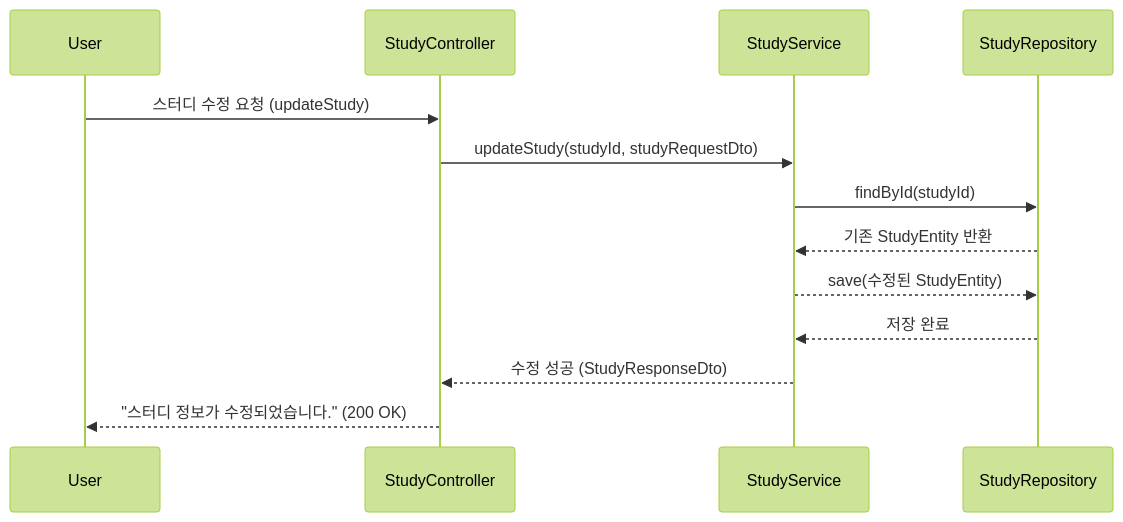
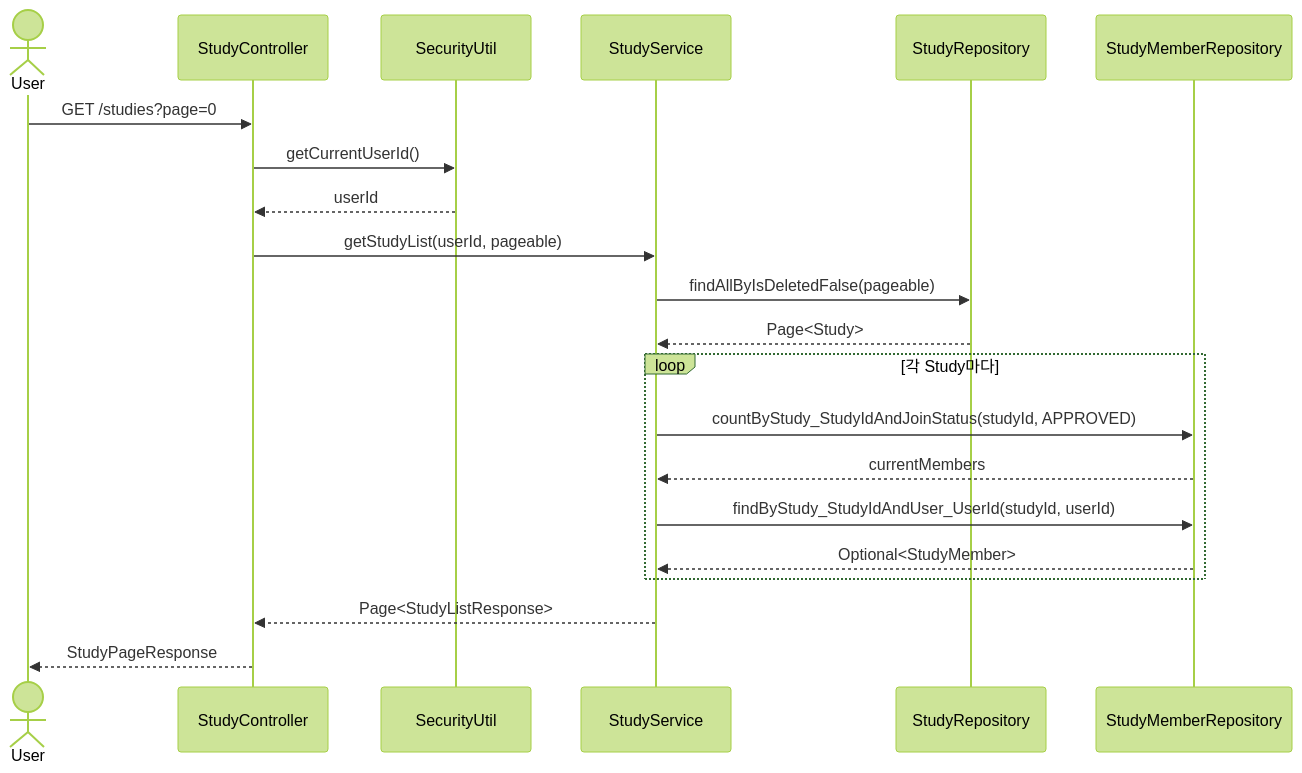
Before and after one commit to OHWCH/se_dev: diagram 14 of 47 in SDS_[깃라잡이].md, drawn with Mermaid (forest theme). The commit also changed other lines of this file, not shown here.

Commit message:
스터디 시퀀스 다이어그램

````diff
--- a/SDS_[깃라잡이].md
+++ b/SDS_[깃라잡이].md
@@ -4922,29 +4932,23 @@
 ```mermaid
 sequenceDiagram
+    actor User
+    User ->> StudyController: GET /studies?page=0
+    StudyController ->> SecurityUtil: getCurrentUserId()
+    SecurityUtil -->> StudyController: userId
 
-    participant User
+    StudyController ->> StudyService: getStudyList(userId, pageable)
+    StudyService ->> StudyRepository: findAllByIsDeletedFalse(pageable)
+    StudyRepository -->> StudyService: Page<Study>
 
-    participant StudyController
+    loop 각 Study마다
+        StudyService ->> StudyMemberRepository: countByStudy_StudyIdAndJoinStatus(studyId, APPROVED)
+        StudyMemberRepository -->> StudyService: currentMembers
 
-    participant StudyService
+        StudyService ->> StudyMemberRepository: findByStudy_StudyIdAndUser_UserId(studyId, userId)
+        StudyMemberRepository -->> StudyService: Optional<StudyMember>
+    end
 
-    participant StudyRepository
+    StudyService -->> StudyController: Page<StudyListResponse>
+    StudyController -->> User: StudyPageResponse
 
-  
-
-    User->>StudyController: 스터디 수정 요청 (updateStudy)
-
-    StudyController->>StudyService: updateStudy(studyId, studyRequestDto)
-
-    StudyService->>StudyRepository: findById(studyId)
-
-    StudyRepository-->>StudyService: 기존 StudyEntity 반환
-
-    StudyService-->>StudyRepository: save(수정된 StudyEntity)
-
-    StudyRepository-->>StudyService: 저장 완료
-
-    StudyService-->>StudyController: 수정 성공 (StudyResponseDto)
-
-    StudyController-->>User: "스터디 정보가 수정되었습니다." (200 OK)
 ```
````
